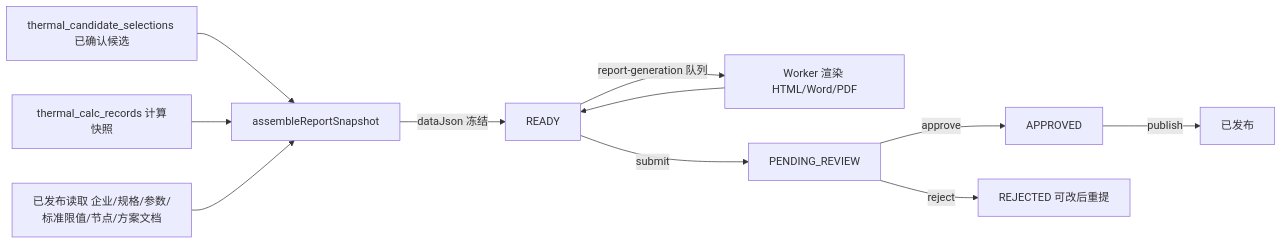
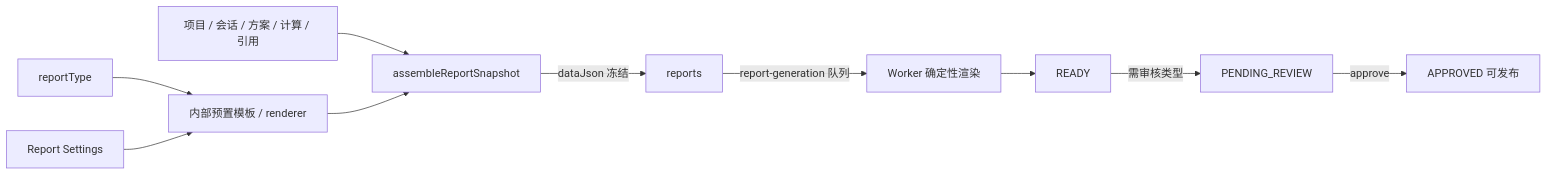
One commit to Yacj/lg-vicp changed the diagram in backend/docs/reports/README.md. Above: the diagram before and after it, drawn with Mermaid. The commit also changed other lines of this file and 42 other files, not shown here.

````diff
--- a/backend/docs/reports/README.md
+++ b/backend/docs/reports/README.md
@@ -23,13 +8,12 @@
 ```mermaid
 flowchart LR
-    SEL[thermal_candidate_selections 已确认候选] --> SNAP[assembleReportSnapshot]
-    CALC[thermal_calc_records 计算快照] --> SNAP
-    PUB[已发布读取 企业/规格/参数/标准限值/节点/方案文档] --> SNAP
-    SNAP -->|dataJson 冻结| RPT[reports TEMPLATE DRAFT]
-    RPT -->|report-generation 队列| W[Worker 渲染 HTML/Word/PDF]
-    W --> RPT[READY]
-    RPT -->|submit| PR[PENDING_REVIEW]
-    PR -->|approve| AP[APPROVED]
-    PR -->|reject| RJ[REJECTED 可改后重提]
-    AP -->|publish| PB[已发布]
+    T[reportType] --> R[内部预置模板 / renderer]
+    S[Report Settings] --> R
+    D[项目 / 会话 / 方案 / 计算 / 引用] --> SNAP[assembleReportSnapshot]
+    R --> SNAP
+    SNAP -->|dataJson 冻结| RPT[reports]
+    RPT -->|report-generation 队列| W[Worker 确定性渲染]
+    W --> READY[READY]
+    READY -->|需审核类型| PR[PENDING_REVIEW]
+    PR -->|approve| AP[APPROVED 可发布]
 ```
````
